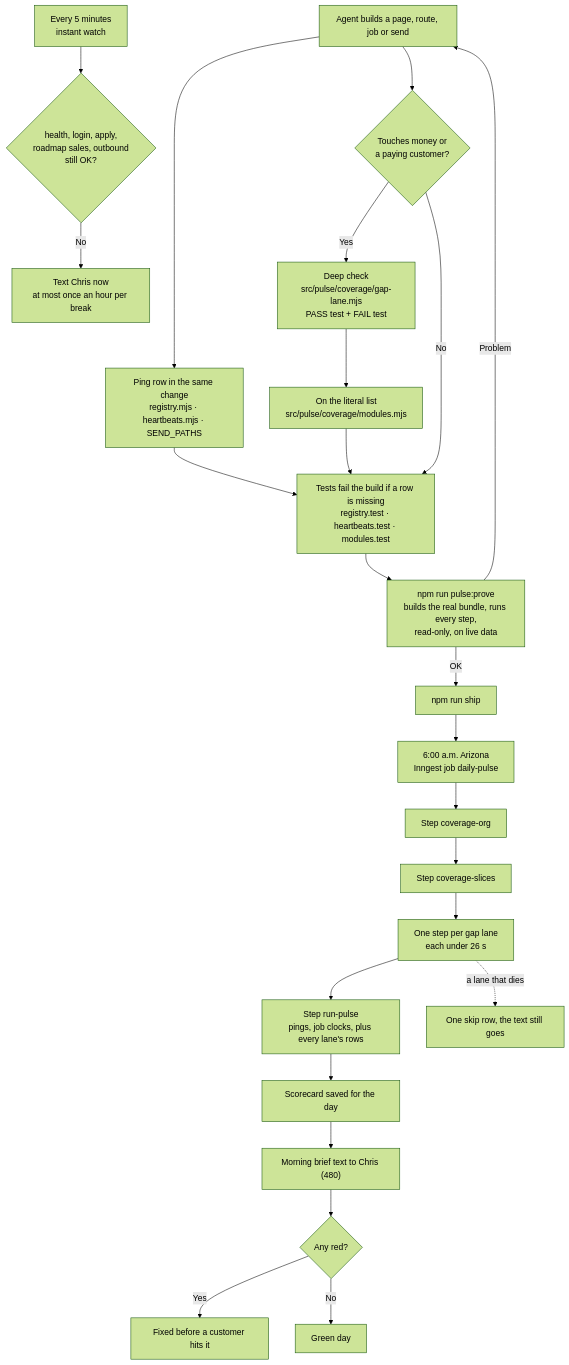
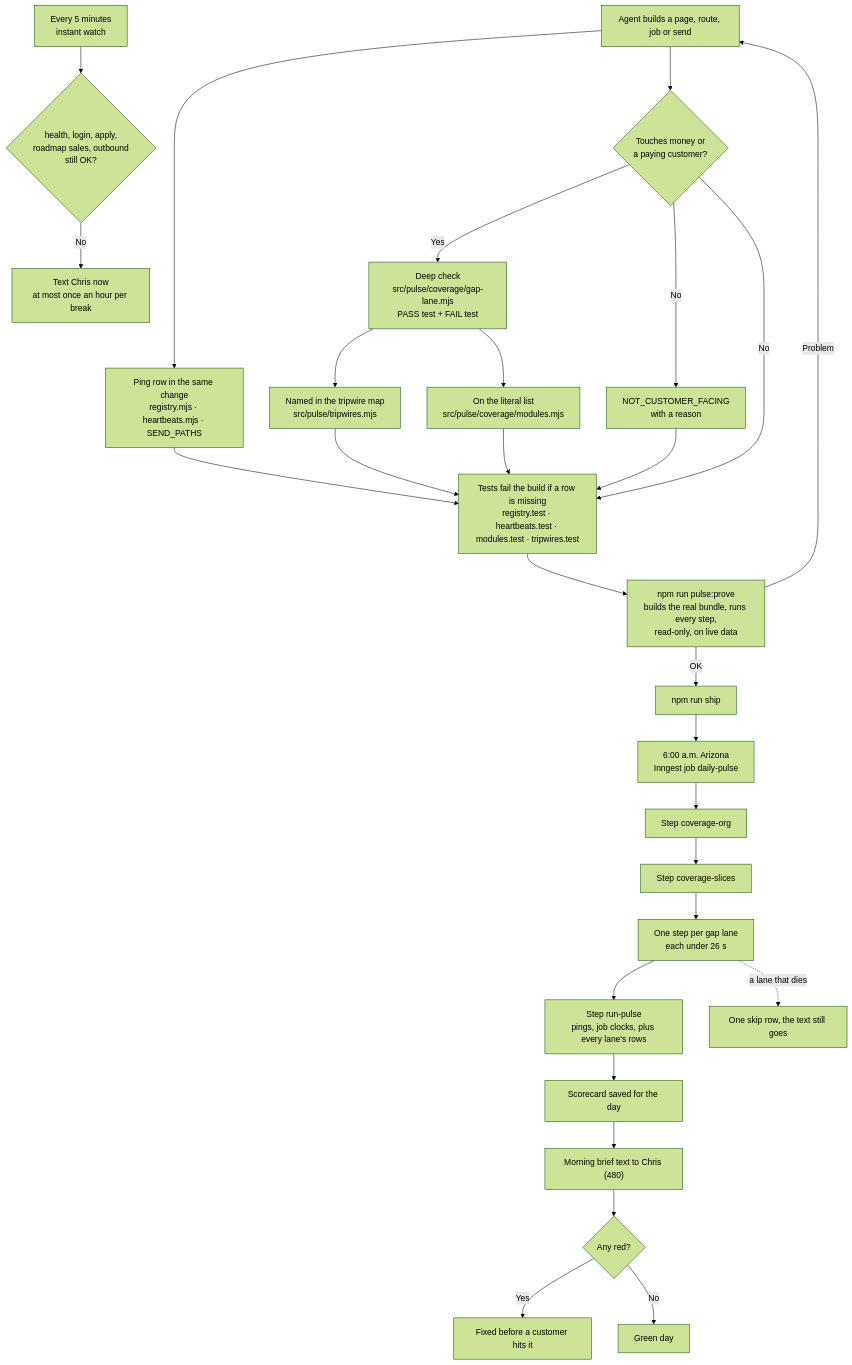
The first of 2 diagrams in docs/journeys/heartbeat-flow.md (ZootimusMaximusSupreme/fundhub-platform), drawn with Mermaid (forest theme) before and after one commit. The commit also changed other lines of this file and 5 other files, not shown here.

````diff
--- a/docs/journeys/heartbeat-flow.md
+++ b/docs/journeys/heartbeat-flow.md
@@ -25,29 +27,33 @@
 ```mermaid
 flowchart TD
     BUILD["Agent builds a page, route, job or send"] --> PING["Ping row in the same change<br/>registry.mjs · heartbeats.mjs · SEND_PATHS"]
     BUILD --> MONEY{"Touches money or<br/>a paying customer?"}
     MONEY -->|Yes| DEEP["Deep check<br/>src/pulse/coverage/gap-lane.mjs<br/>PASS test + FAIL test"]
+    DEEP --> MAP["Named in the tripwire map<br/>src/pulse/tripwires.mjs"]
+    MONEY -->|No| NCF["NOT_CUSTOMER_FACING<br/>with a reason"]
+    MAP --> TESTS
+    NCF --> TESTS
     MONEY -->|No| TESTS
     DEEP --> LIST["On the literal list<br/>src/pulse/coverage/modules.mjs"]
-    PING --> TESTS["Tests fail the build if a row is missing<br/>registry.test · heartbeats.test · modules.test"]
+    PING --> TESTS["Tests fail the build if a row is missing<br/>registry.test · heartbeats.test · modules.test · tripwires.test"]
     LIST --> TESTS
     TESTS --> PROVE["npm run pulse:prove<br/>builds the real bundle, runs every step,<br/>read-only, on live data"]
     PROVE -->|OK| SHIP["npm run ship"]
     PROVE -->|Problem| BUILD
 
     SHIP --> SIX["6:00 a.m. Arizona<br/>Inngest job daily-pulse"]
     SIX --> ORG["Step coverage-org"]
     ORG --> SLICES["Step coverage-slices"]
     SLICES --> LANES["One step per gap lane<br/>each under 26 s"]
     LANES --> RUN["Step run-pulse<br/>pings, job clocks, plus every lane's rows"]
     RUN --> CARD["Scorecard saved for the day"]
     CARD --> TEXT["Morning brief text to Chris (480)"]
     TEXT --> RED{"Any red?"}
     RED -->|Yes| FIX["Fixed before a customer hits it"]
     RED -->|No| GREEN["Green day"]
 
     LANES -.->|a lane that dies| SKIP["One skip row, the text still goes"]
 
     FIVE["Every 5 minutes<br/>instant watch"] --> CRIT{"health, login, apply,<br/>roadmap sales, outbound<br/>still OK?"}
     CRIT -->|No| NOW["Text Chris now<br/>at most once an hour per break"]
 ```
````
